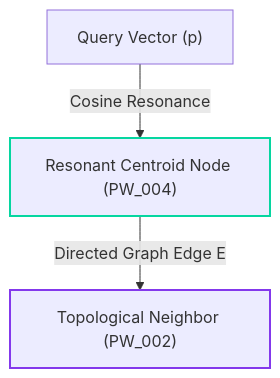
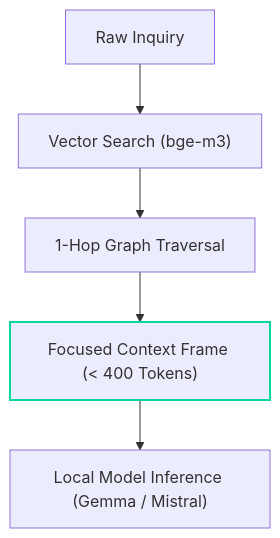
Before and after one commit to ghosoya/exocortex-garden: the third of 3 diagrams in content/axioms/theory.md, drawn with Mermaid. The commit also changed other lines of this file and 10 other files, not shown here.

````diff
--- a/content/axioms/theory.md
+++ b/content/axioms/theory.md
@@ -284,9 +113,10 @@
 ```mermaid
 graph TD
-    Q["Query Vector (p)"] -->|Cosine Resonance| C["Resonant Centroid Node (PW_004)"]
-    C -->|Directed Graph Edge E| N["Topological Neighbor (PW_002)"]
+    A["Raw Inquiry"] --> B["Vector Search (bge-m3)"]
+    B --> C["1-Hop Graph Traversal"]
+    C --> D["Focused Context Frame (< 400 Tokens)"]
+    D --> E["Local Model Inference (Gemma / Mistral)"]
     
-    style C stroke:#06d6a0,stroke-width:2px
-    style N stroke:#8338ec,stroke-width:2px
+    style D stroke:#06d6a0,stroke-width:2px
 
 ```
````
